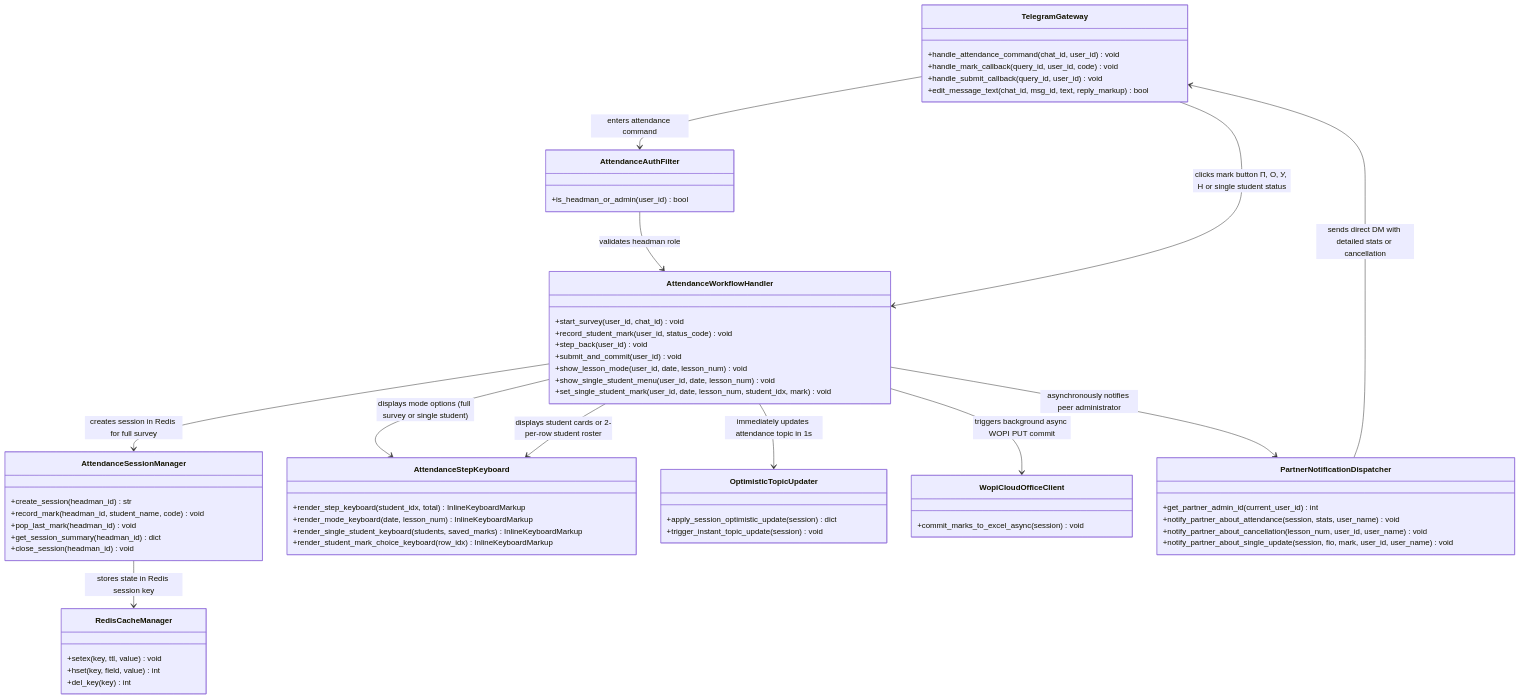
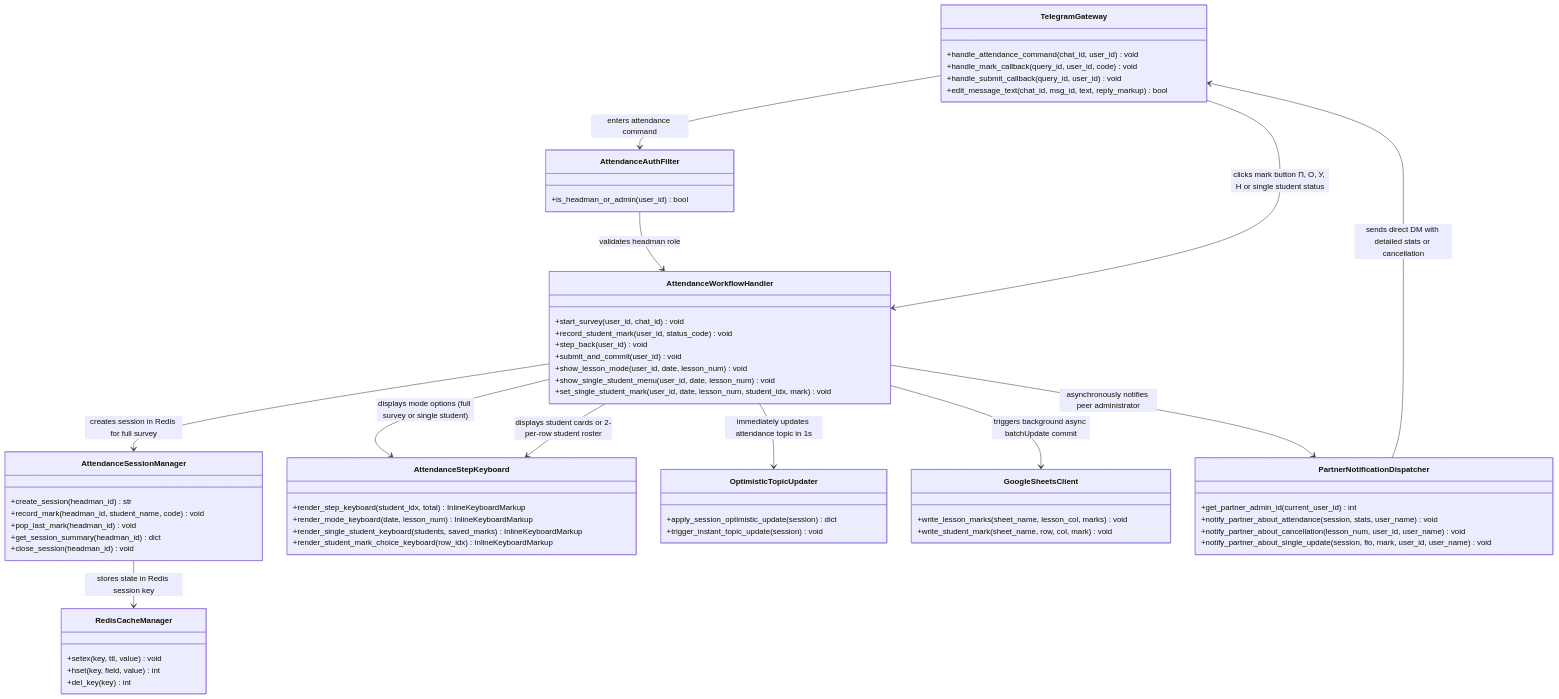
Diagram 16 of 55 in docs/UML.md (Utkautka1/para), drawn with Mermaid before and after one commit. The commit also changed other lines of this file and 49 other files, not shown here.

Commit message:
feat(attendance): migrate from yandex docs to google sheets and drive api

````diff
--- a/docs/UML.md
+++ b/docs/UML.md
@@ -1381,74 +1363,75 @@
 ```mermaid
 classDiagram
     direction TB
 
     class TelegramGateway {
         +handle_attendance_command(chat_id, user_id) void
         +handle_mark_callback(query_id, user_id, code) void
         +handle_submit_callback(query_id, user_id) void
         +edit_message_text(chat_id, msg_id, text, reply_markup) bool
     }
 
     class AttendanceAuthFilter {
         +is_headman_or_admin(user_id) bool
     }
 
     class AttendanceWorkflowHandler {
         +start_survey(user_id, chat_id) void
         +record_student_mark(user_id, status_code) void
         +step_back(user_id) void
         +submit_and_commit(user_id) void
         +show_lesson_mode(user_id, date, lesson_num) void
         +show_single_student_menu(user_id, date, lesson_num) void
         +set_single_student_mark(user_id, date, lesson_num, student_idx, mark) void
     }
 
     class AttendanceSessionManager {
         +create_session(headman_id) str
         +record_mark(headman_id, student_name, code) void
         +pop_last_mark(headman_id) void
         +get_session_summary(headman_id) dict
         +close_session(headman_id) void
     }
 
     class RedisCacheManager {
         +setex(key, ttl, value) void
         +hset(key, field, value) int
         +del_key(key) int
     }
 
     class AttendanceStepKeyboard {
         +render_step_keyboard(student_idx, total) InlineKeyboardMarkup
         +render_mode_keyboard(date, lesson_num) InlineKeyboardMarkup
         +render_single_student_keyboard(students, saved_marks) InlineKeyboardMarkup
         +render_student_mark_choice_keyboard(row_idx) InlineKeyboardMarkup
     }
 
     class OptimisticTopicUpdater {
         +apply_session_optimistic_update(session) dict
         +trigger_instant_topic_update(session) void
     }
 
-    class WopiCloudOfficeClient {
-        +commit_marks_to_excel_async(session) void
+    class GoogleSheetsClient {
+        +write_lesson_marks(sheet_name, lesson_col, marks) void
+        +write_student_mark(sheet_name, row, col, mark) void
     }
 
     class PartnerNotificationDispatcher {
         +get_partner_admin_id(current_user_id) int
         +notify_partner_about_attendance(session, stats, user_name) void
         +notify_partner_about_cancellation(lesson_num, user_id, user_name) void
         +notify_partner_about_single_update(session, fio, mark, user_id, user_name) void
     }
 
     TelegramGateway --> AttendanceAuthFilter : enters attendance command
     AttendanceAuthFilter --> AttendanceWorkflowHandler : validates headman role
     AttendanceWorkflowHandler --> AttendanceStepKeyboard : displays mode options (full survey or single student)
     AttendanceWorkflowHandler --> AttendanceSessionManager : creates session in Redis for full survey
     AttendanceSessionManager --> RedisCacheManager : stores state in Redis session key
     AttendanceWorkflowHandler --> AttendanceStepKeyboard : displays student cards or 2-per-row student roster
     TelegramGateway --> AttendanceWorkflowHandler : clicks mark button П, О, У, Н or single student status
     AttendanceWorkflowHandler --> OptimisticTopicUpdater : immediately updates attendance topic in 1s
-    AttendanceWorkflowHandler --> WopiCloudOfficeClient : triggers background async WOPI PUT commit
+    AttendanceWorkflowHandler --> GoogleSheetsClient : triggers background async batchUpdate commit
     AttendanceWorkflowHandler --> PartnerNotificationDispatcher : asynchronously notifies peer administrator
     PartnerNotificationDispatcher --> TelegramGateway : sends direct DM with detailed stats or cancellation
 ```
````
